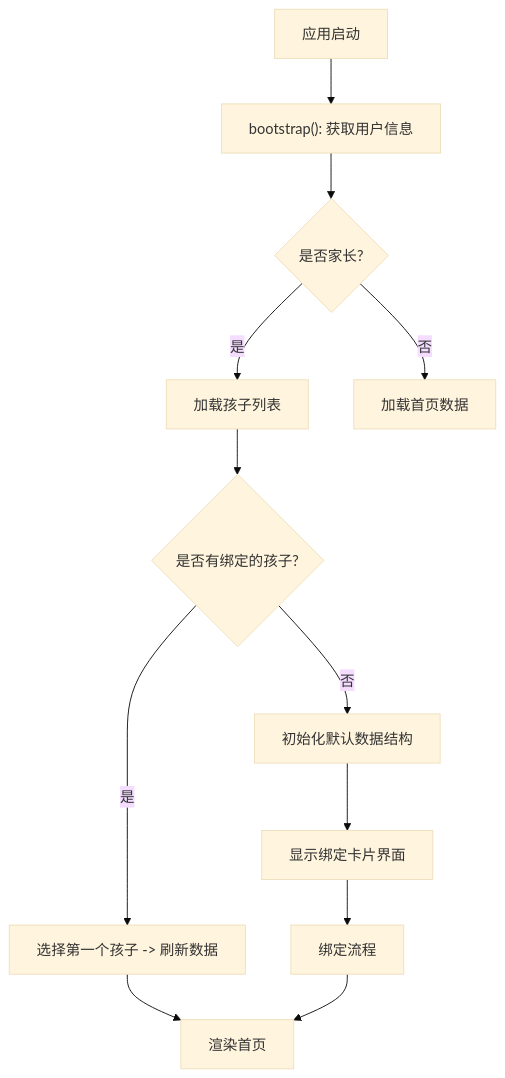
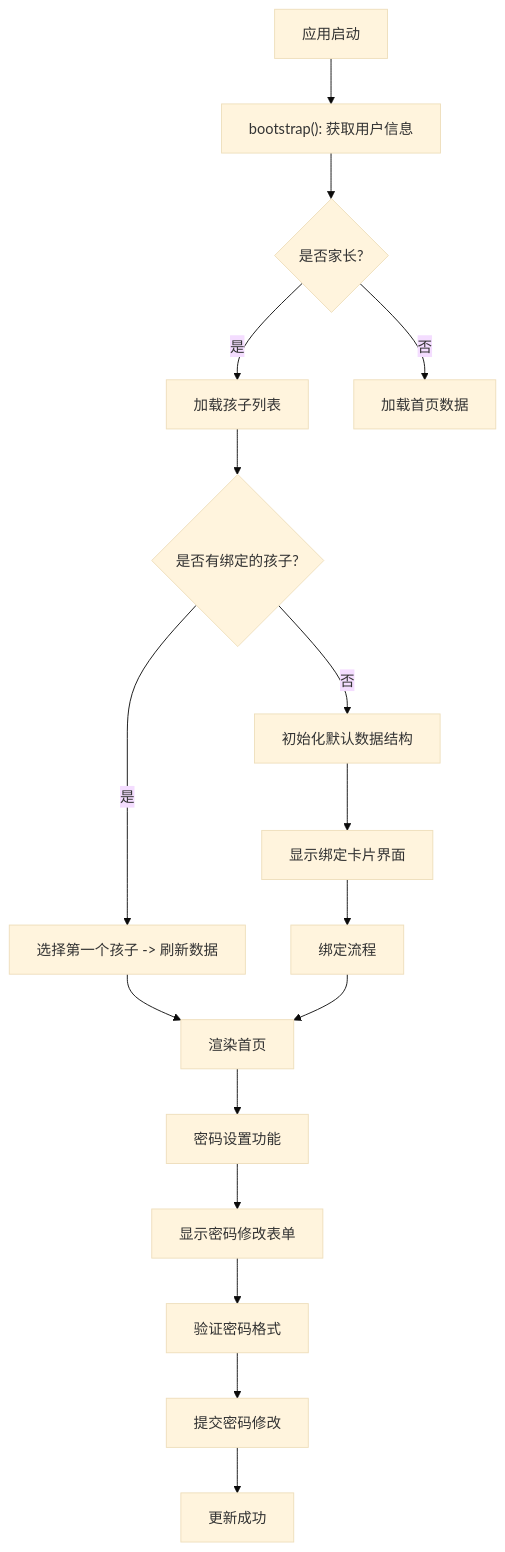
Before and after one commit to onebody/homework: diagram 11 of 12 in .qoder/repowiki/zh/content/暑假作业打卡系统/前端应用设计/学生端应用.md, drawn with Mermaid (base theme). The commit also changed other lines of this file and 20 other files, not shown here.

````diff
--- a/.qoder/repowiki/zh/content/暑假作业打卡系统/前端应用设计/学生端应用.md
+++ b/.qoder/repowiki/zh/content/暑假作业打卡系统/前端应用设计/学生端应用.md
@@ -424,14 +495,19 @@
 ```mermaid
 flowchart TD
 Init["应用启动"] --> Boot["bootstrap(): 获取用户信息"]
 Boot --> Role{"是否家长?"}
 Role -- 是 --> LoadChildren["加载孩子列表"]
 Role -- 否 --> LoadHome["加载首页数据"]
 LoadChildren --> HasChildren{"是否有绑定的孩子?"}
 HasChildren -- 是 --> SelectChild["选择第一个孩子 -> 刷新数据"]
 HasChildren -- 否 --> InitData["初始化默认数据结构"]
 InitData --> ShowBindCard["显示绑定卡片界面"]
 SelectChild --> View["渲染首页"]
 ShowBindCard --> BindProcess["绑定流程"]
 BindProcess --> View
+View --> PasswordFeature["密码设置功能"]
+PasswordFeature --> ShowPwdForm["显示密码修改表单"]
+ShowPwdForm --> ValidatePassword["验证密码格式"]
+ValidatePassword --> SubmitPassword["提交密码修改"]
+SubmitPassword --> UpdateSuccess["更新成功"]
 ```
````
